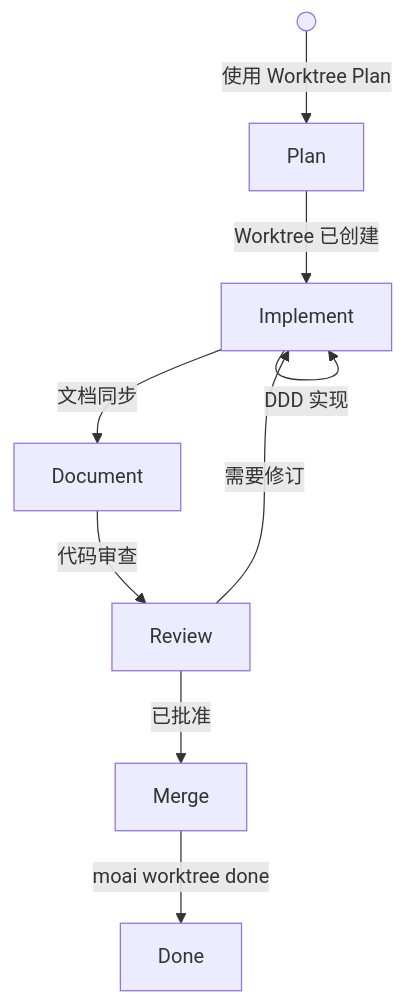
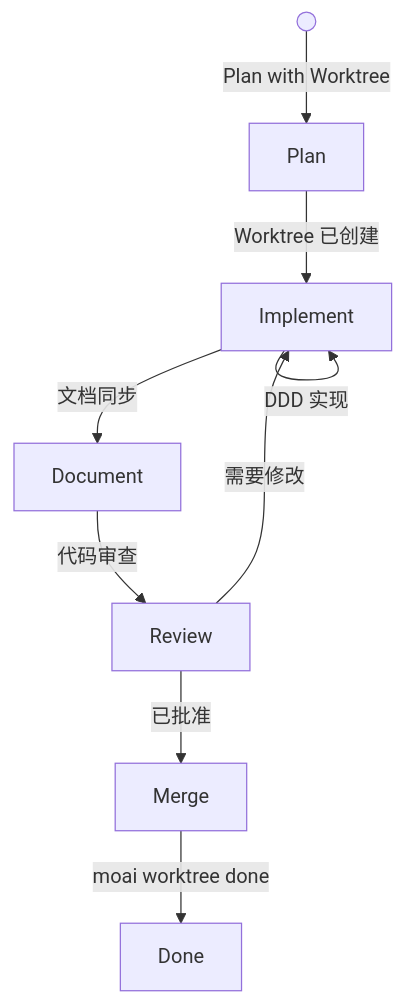
One commit to modu-ai/moai-adk changed the fifth of 10 diagrams in docs-site/content/zh/worktree/guide.md. Above: the diagram before and after it, drawn with Mermaid. The commit also changed other lines of this file and 395 other files, not shown here.

````diff
--- a/docs-site/content/zh/worktree/guide.md
+++ b/docs-site/content/zh/worktree/guide.md
@@ -374,11 +379,11 @@
 ```mermaid
 flowchart TD
-    Start(( )) -->|"使用 Worktree Plan"| Plan["Plan"]
+    Start(( )) -->|"Plan with Worktree"| Plan["Plan"]
     Plan -->|"Worktree 已创建"| Implement["Implement"]
     Implement -->|"DDD 实现"| Implement
     Implement -->|"文档同步"| Document["Document"]
     Document -->|"代码审查"| Review["Review"]
     Review -->|"已批准"| Merge["Merge"]
-    Review -->|"需要修订"| Implement
+    Review -->|"需要修改"| Implement
     Merge -->|"moai worktree done"| Done["Done"]
 ```
````
